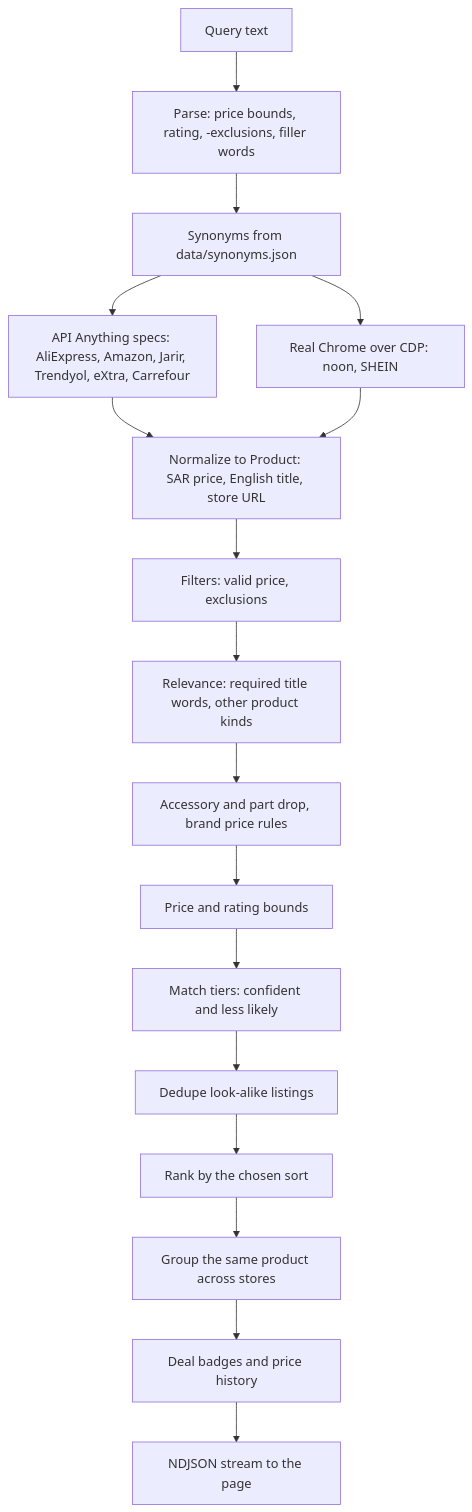
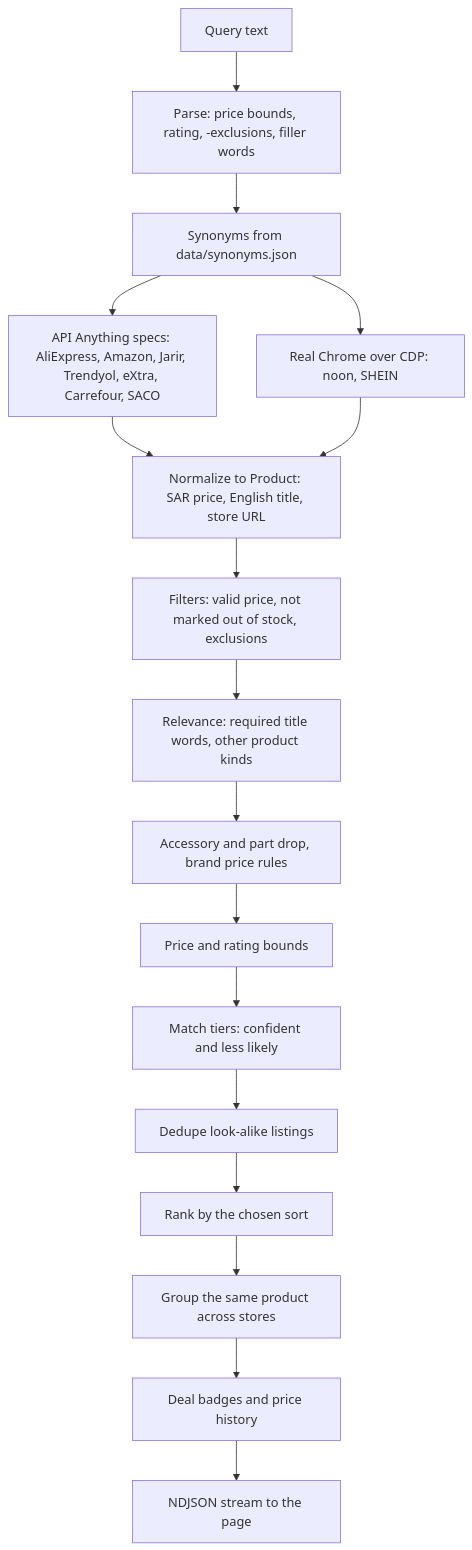
The diagram in README.md (drgoharyAI/ksa-deal-search), drawn with Mermaid before and after one commit. The commit also changed other lines of this file and 2 other files, not shown here.

First line of the commit message:
Docs: SACO in the store table, spike notes and spec decisions

````diff
--- a/README.md
+++ b/README.md
@@ -119,19 +120,19 @@
 ```mermaid
 flowchart TD
     Q["Query text"] --> P["Parse: price bounds, rating, -exclusions, filler words"]
     P --> S["Synonyms from data/synonyms.json"]
-    S --> AA["API Anything specs: AliExpress, Amazon, Jarir, Trendyol, eXtra, Carrefour"]
+    S --> AA["API Anything specs: AliExpress, Amazon, Jarir, Trendyol, eXtra, Carrefour, SACO"]
     S --> CDP["Real Chrome over CDP: noon, SHEIN"]
     AA --> N["Normalize to Product: SAR price, English title, store URL"]
     CDP --> N
-    N --> F["Filters: valid price, exclusions"]
+    N --> F["Filters: valid price, not marked out of stock, exclusions"]
     F --> R["Relevance: required title words, other product kinds"]
     R --> A["Accessory and part drop, brand price rules"]
     A --> B["Price and rating bounds"]
     B --> T["Match tiers: confident and less likely"]
     T --> D["Dedupe look-alike listings"]
     D --> K["Rank by the chosen sort"]
     K --> G["Group the same product across stores"]
     G --> I["Deal badges and price history"]
     I --> O["NDJSON stream to the page"]
 ```
````
